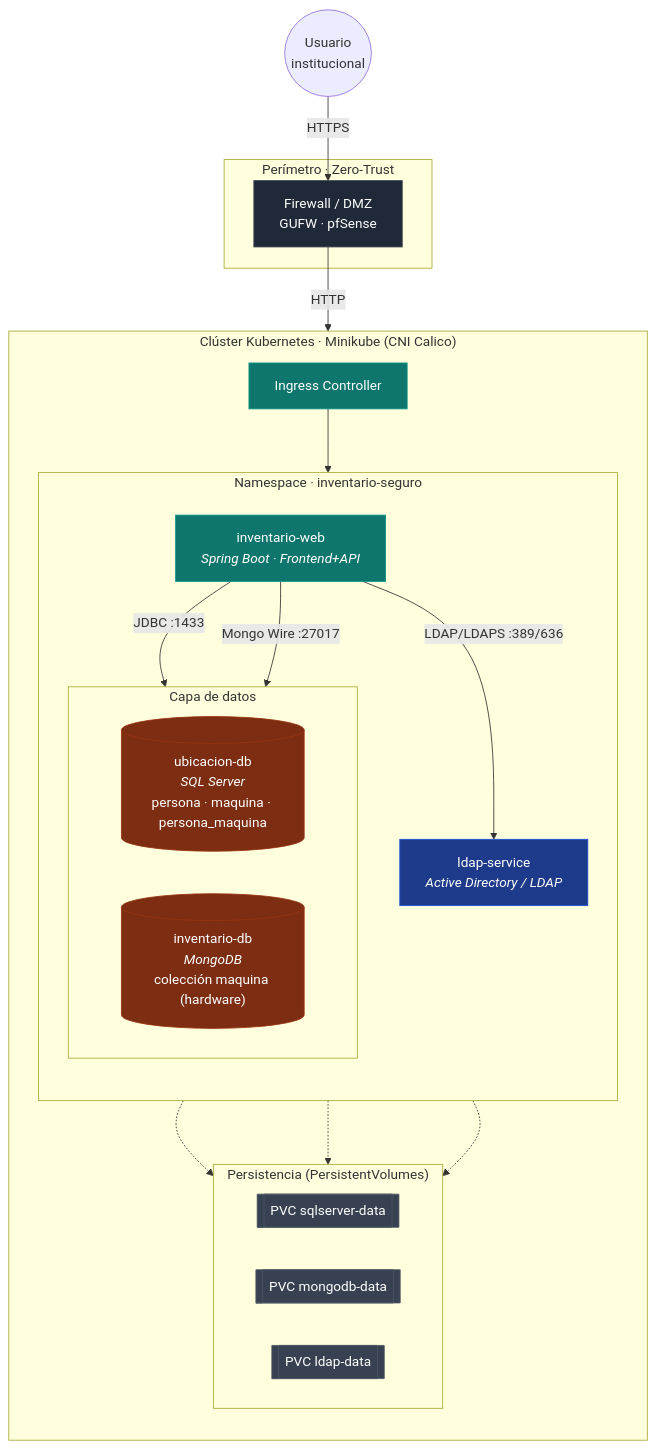
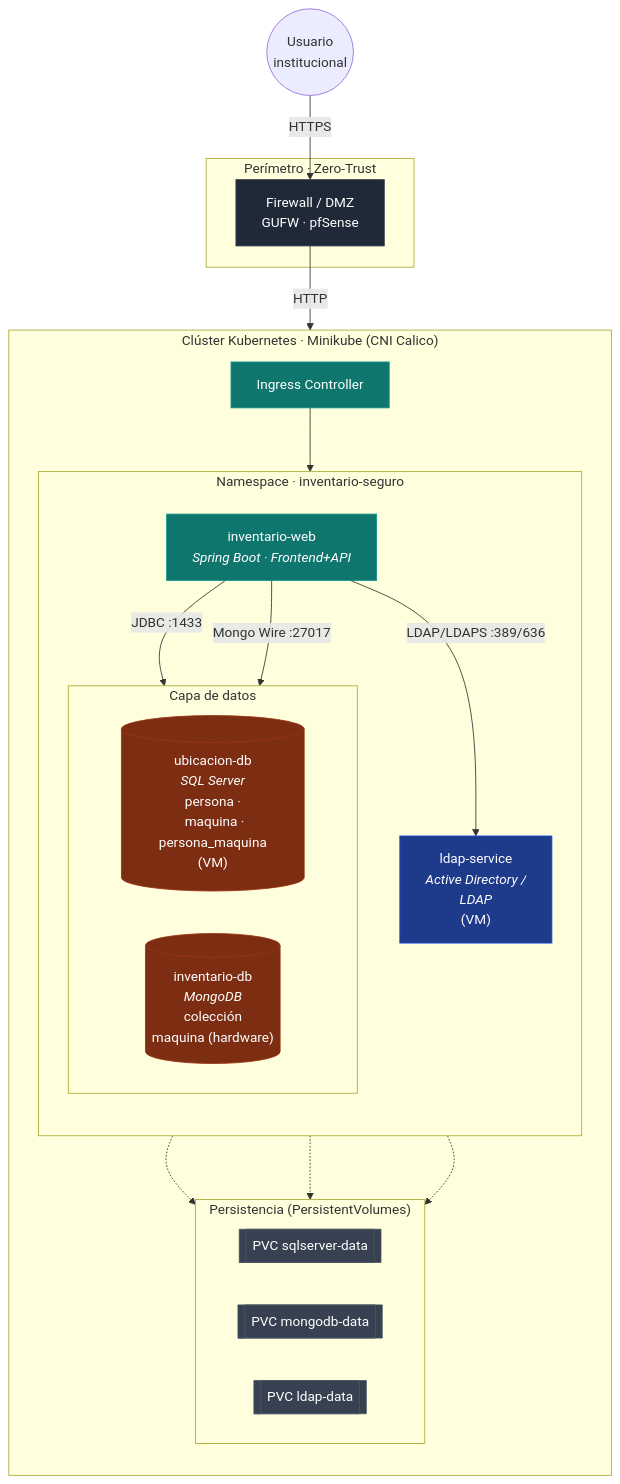
The diagram in docs/Diagrama de topología.mmd (juanmahumeniuk/egi-inventario-seguro), drawn with Mermaid before and after one commit. The commit also changed 1 other file, not shown here.

Commit message:
docs: actualizar diagrama de topología con etiquetas VM y nueva imagen

```diff
--- a/docs/Diagrama de topología.mmd
+++ b/docs/Diagrama de topología.mmd
@@ -1,55 +1,54 @@
 flowchart TB
-    USER(("Usuario<br/>institucional"))
-
-    subgraph PERIMETRO["Perímetro · Zero-Trust"]
-        FW["Firewall / DMZ<br/>GUFW · pfSense"]
-    end
-
-    subgraph CLUSTER["Clúster Kubernetes · Minikube (CNI Calico)"]
-        direction TB
+ subgraph PERIMETRO["Perímetro · Zero-Trust"]
+        FW["Firewall / DMZ<br>GUFW · pfSense"]
+  end
+ subgraph DATA["Capa de datos"]
+    direction LR
+        SQL[("ubicacion-db<br><i>SQL Server</i><br>persona ·
+  maquina · persona_maquina<br>(VM)")]
+        MONGO[("inventario-db<br><i>MongoDB</i><br>colección
+  maquina (hardware)")]
+  end
+ subgraph NS["Namespace · inventario-seguro"]
+    direction TB
+        WEB["inventario-web<br><i>Spring Boot · Frontend+API</i>"]
+        DATA
+        LDAP["ldap-service<br><i>Active Directory /
+  LDAP</i><br>(VM)"]
+  end
+ subgraph PV["Persistencia (PersistentVolumes)"]
+    direction LR
+        SQLPV[["PVC sqlserver-data"]]
+        MONGOPV[["PVC mongodb-data"]]
+        LDAPPV[["PVC ldap-data"]]
+  end
+ subgraph CLUSTER["Clúster Kubernetes · Minikube (CNI Calico)"]
+    direction TB
         ING["Ingress Controller"]
-
-        subgraph NS["Namespace · inventario-seguro"]
-            direction TB
-            WEB["inventario-web<br/><i>Spring Boot · Frontend+API</i>"]
-
-            subgraph DATA["Capa de datos"]
-                direction LR
-                SQL[("ubicacion-db<br/><i>SQL Server</i><br/>persona · maquina · persona_maquina")]
-                MONGO[("inventario-db<br/><i>MongoDB</i><br/>colección maquina (hardware)")]
-            end
-
-            LDAP["ldap-service<br/><i>Active Directory / LDAP</i>"]
-        end
-
-        subgraph PV["Persistencia (PersistentVolumes)"]
-            direction LR
-            SQLPV[["PVC sqlserver-data"]]
-            MONGOPV[["PVC mongodb-data"]]
-            LDAPPV[["PVC ldap-data"]]
-        end
-    end
-
-    USER -->|HTTPS| FW
-    FW -->|HTTP| ING
+        NS
+        PV
+  end
+    USER(("Usuario<br>institucional")) -- HTTPS --> FW
+    FW -- HTTP --> ING
     ING --> WEB
-
-    WEB -->|JDBC :1433| SQL
-    WEB -->|Mongo Wire :27017| MONGO
-    WEB -->|LDAP/LDAPS :389/636| LDAP
-
+    WEB -- JDBC :1433 --> SQL
+    WEB -- Mongo Wire :27017 --> MONGO
+    WEB -- LDAP/LDAPS :389/636 --> LDAP
     SQL -.-> SQLPV
     MONGO -.-> MONGOPV
     LDAP -.-> LDAPPV
 
-    classDef edge fill:#1f2937,stroke:#374151,color:#fff;
-    classDef app fill:#0f766e,stroke:#0d9488,color:#fff;
-    classDef db fill:#7c2d12,stroke:#9a3412,color:#fff;
-    classDef sec fill:#1e3a8a,stroke:#1d4ed8,color:#fff;
-    classDef vol fill:#374151,stroke:#4b5563,color:#fff;
-
-    class FW edge;
-    class WEB,ING app;
-    class SQL,MONGO db;
-    class LDAP sec;
-    class SQLPV,MONGOPV,LDAPPV vol;
+     FW:::edge
+     SQL:::db
+     MONGO:::db
+     WEB:::app
+     LDAP:::sec
+     SQLPV:::vol
+     MONGOPV:::vol
+     LDAPPV:::vol
+     ING:::app
+    classDef edge fill:#1f2937,stroke:#374151,color:#fff
+    classDef app fill:#0f766e,stroke:#0d9488,color:#fff
+    classDef db fill:#7c2d12,stroke:#9a3412,color:#fff
+    classDef sec fill:#1e3a8a,stroke:#1d4ed8,color:#fff
+    classDef vol fill:#374151,stroke:#4b5563,color:#fff
```
